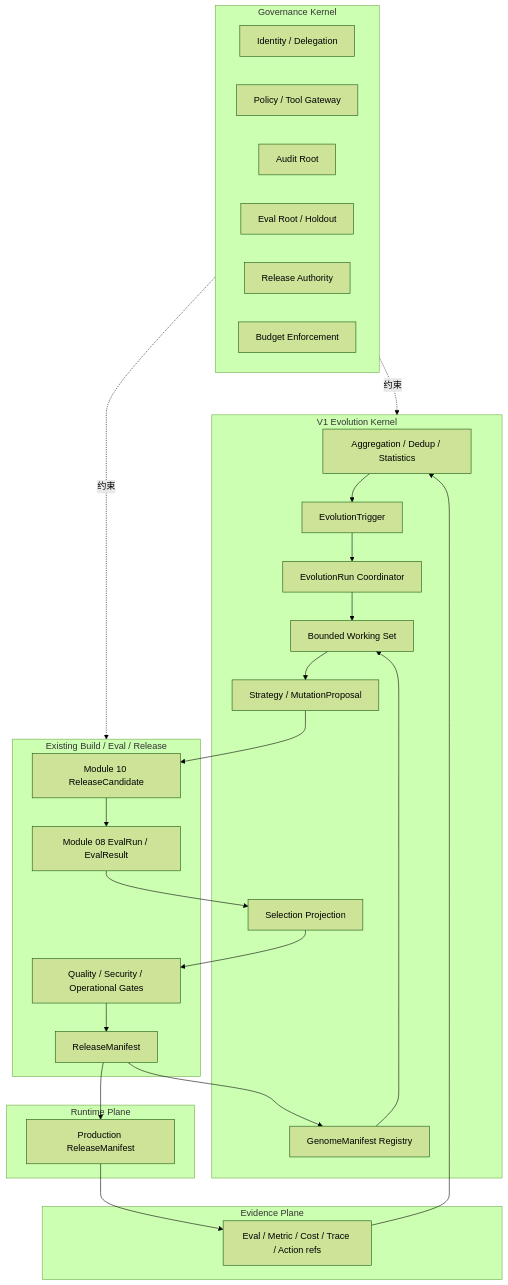
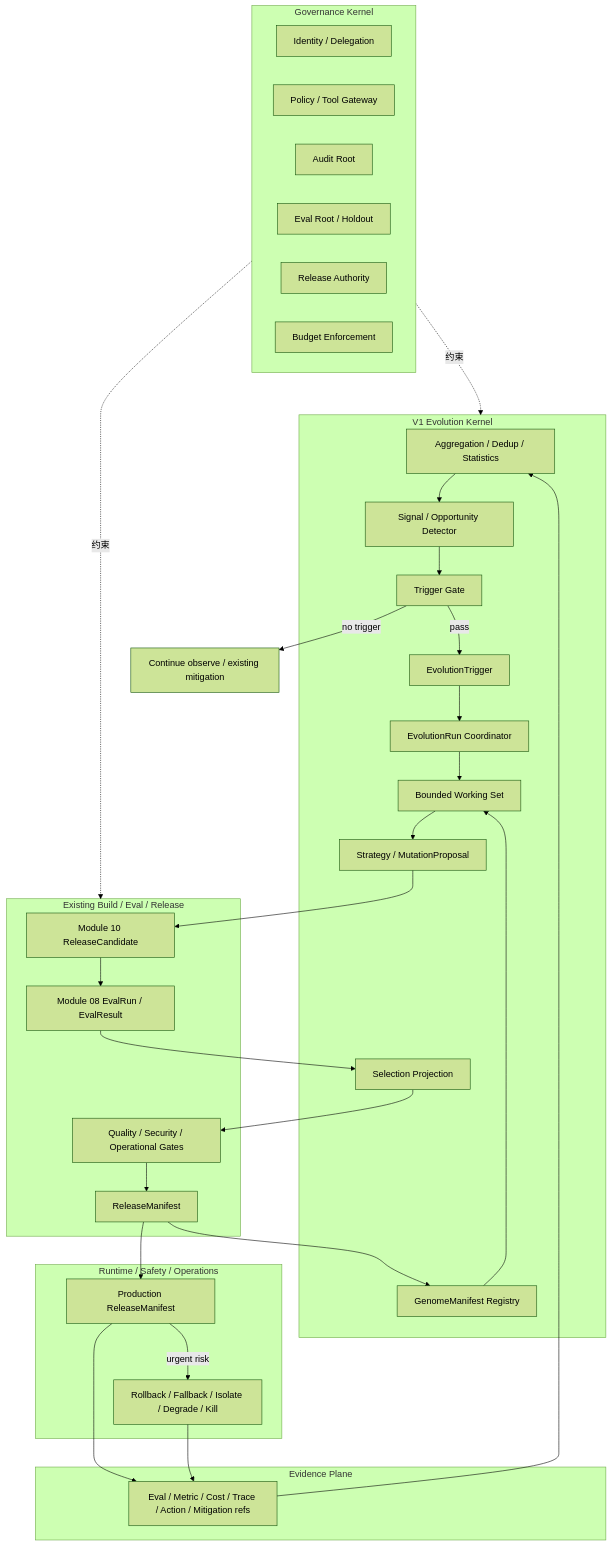
The second of 2 diagrams in docs/03-参考架构/05-演化闭环与成本控制.md (chun001-stac/Agent-UEAF), drawn with Mermaid (forest theme) before and after one commit. The commit also changed other lines of this file, not shown here.

Commit message:
docs: model operational response before V1 evolution trigger

````diff
--- a/docs/03-参考架构/05-演化闭环与成本控制.md
+++ b/docs/03-参考架构/05-演化闭环与成本控制.md
@@ -21,45 +49,53 @@
 ```mermaid
 flowchart TB
     subgraph GK["Governance Kernel"]
         IAM["Identity / Delegation"]
         POL["Policy / Tool Gateway"]
         AUD["Audit Root"]
         EVROOT["Eval Root / Holdout"]
         REL["Release Authority"]
         BUD["Budget Enforcement"]
     end
 
-    subgraph RP["Runtime Plane"]
+    subgraph RP["Runtime / Safety / Operations"]
         PROD["Production ReleaseManifest"]
+        MIT["Rollback / Fallback / Isolate / Degrade / Kill"]
     end
 
     subgraph EP["Evidence Plane"]
-        FACTS["Eval / Metric / Cost / Trace / Action refs"]
+        FACTS["Eval / Metric / Cost / Trace / Action / Mitigation refs"]
     end
 
     subgraph XP["V1 Evolution Kernel"]
         AGG["Aggregation / Dedup / Statistics"]
+        DET["Signal / Opportunity Detector"]
+        TG["Trigger Gate"]
         TRIG["EvolutionTrigger"]
         RUN["EvolutionRun Coordinator"]
         WS["Bounded Working Set"]
         GEN["GenomeManifest Registry"]
         MUT["Strategy / MutationProposal"]
         SEL["Selection Projection"]
     end
 
     subgraph EXISTING["Existing Build / Eval / Release"]
         CAND["Module 10 ReleaseCandidate"]
         EVAL["Module 08 EvalRun / EvalResult"]
         GATE["Quality / Security / Operational Gates"]
         RM["ReleaseManifest"]
     end
 
-    PROD --> FACTS --> AGG --> TRIG --> RUN
+    PROD --> FACTS
+    PROD -->|"urgent risk"| MIT
+    MIT --> FACTS
+    FACTS --> AGG --> DET --> TG
+    TG -->|"pass"| TRIG --> RUN
+    TG -->|"no trigger"| OBS["Continue observe / existing mitigation"]
     RUN --> WS
     GEN --> WS
     WS --> MUT
     MUT --> CAND --> EVAL --> SEL --> GATE --> RM --> PROD
     RM --> GEN
     GK -.约束.-> XP
     GK -.约束.-> EXISTING
 ```
````
